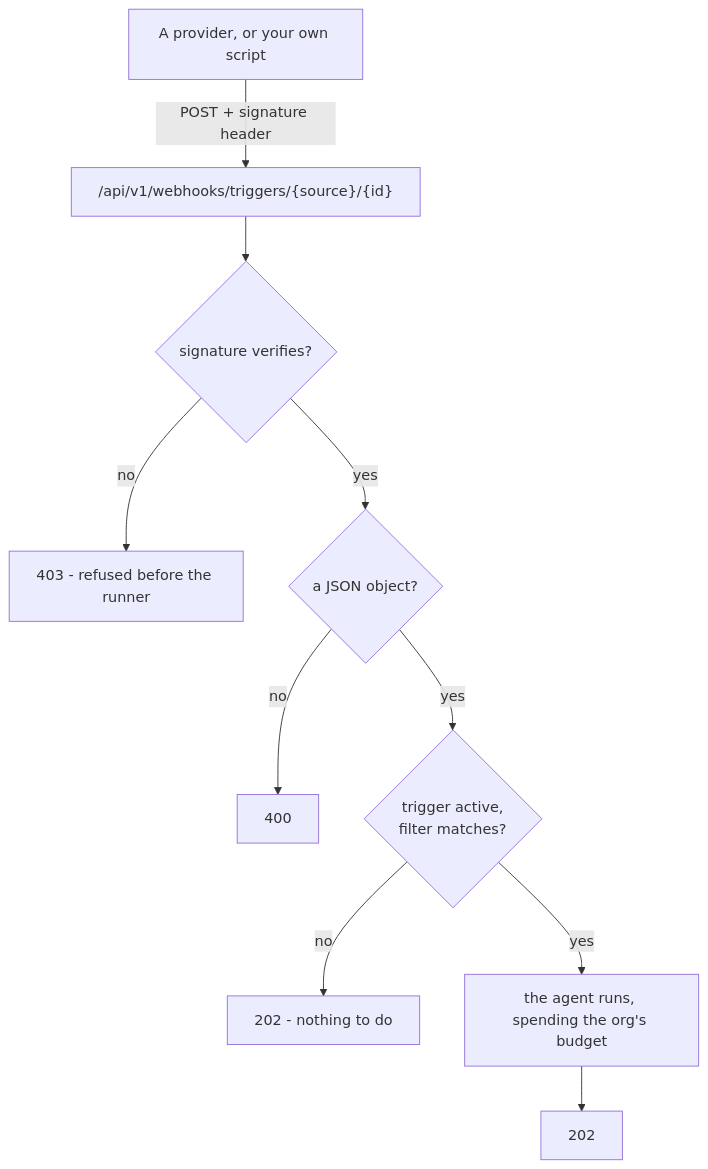
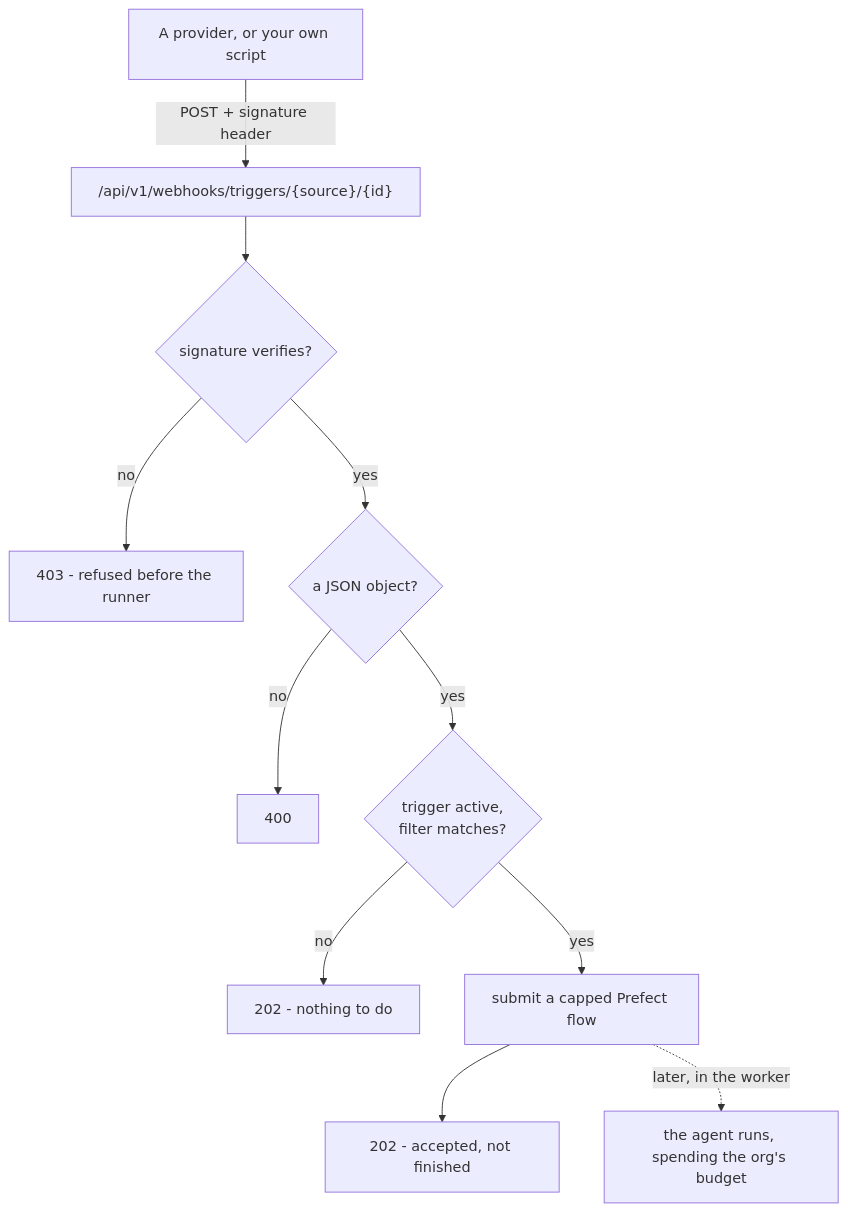
One commit to vstorm-co/agenticos changed the diagram in docs/triggers.md. Above: the diagram before and after it, drawn with Mermaid. The commit also changed other lines of this file and 3 other files, not shown here.

````diff
--- a/docs/triggers.md
+++ b/docs/triggers.md
@@ -54,12 +54,13 @@
 ```mermaid
 flowchart TD
     P[A provider, or your own script] -->|POST + signature header| W["/api/v1/webhooks/triggers/{source}/{id}"]
     W --> V{signature verifies?}
     V -->|no| R403["403 - refused before the runner"]
     V -->|yes| J{a JSON object?}
     J -->|no| R400["400"]
     J -->|yes| F{trigger active,<br/>filter matches?}
     F -->|no| R202["202 - nothing to do"]
-    F -->|yes| RUN[the agent runs, spending the org's budget]
-    RUN --> R202b["202"]
+    F -->|yes| SUB["submit a capped Prefect flow"]
+    SUB --> R202b["202 - accepted, not finished"]
+    SUB -.->|later, in the worker| RUN[the agent runs, spending the org's budget]
 ```
````
